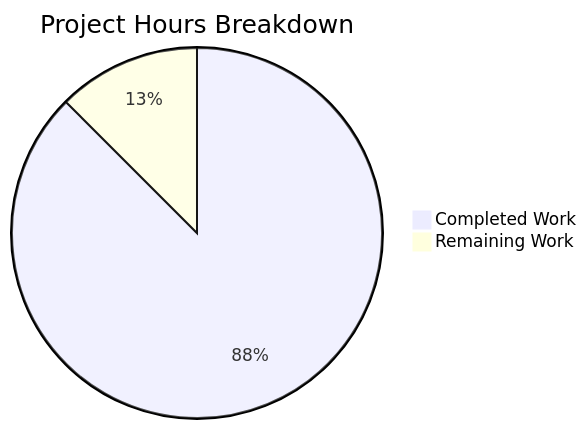
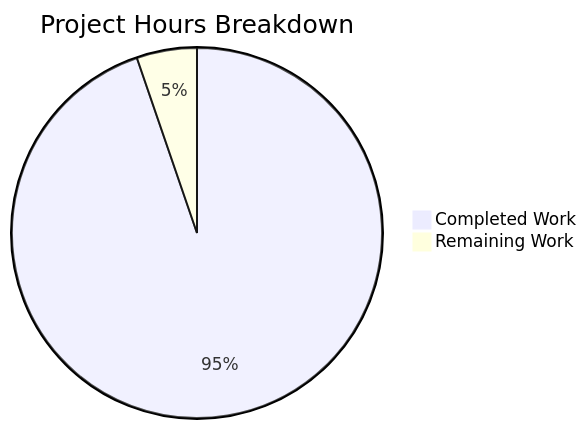
One commit to Sandeep01Kumar/29-dec-existing-projects-qa-test-2 changed the diagram in blitzy/documentation/Project Guide.md. Above: the diagram before and after it, drawn with Mermaid. The commit also changed other lines of this file, not shown here.

````diff
--- a/blitzy/documentation/Project Guide.md
+++ b/blitzy/documentation/Project Guide.md
@@ -57,5 +29,5 @@
 ```mermaid
 pie title Project Hours Breakdown
-    "Completed Work" : 3.5
+    "Completed Work" : 9
     "Remaining Work" : 0.5
 ```
````
